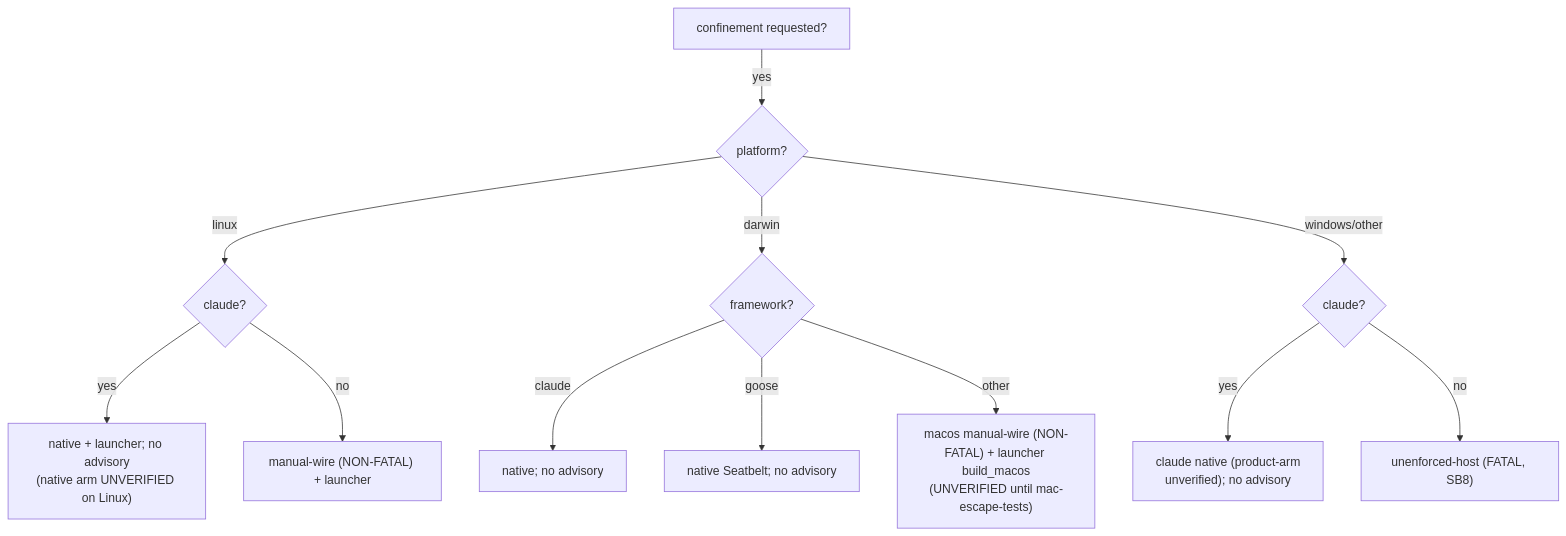
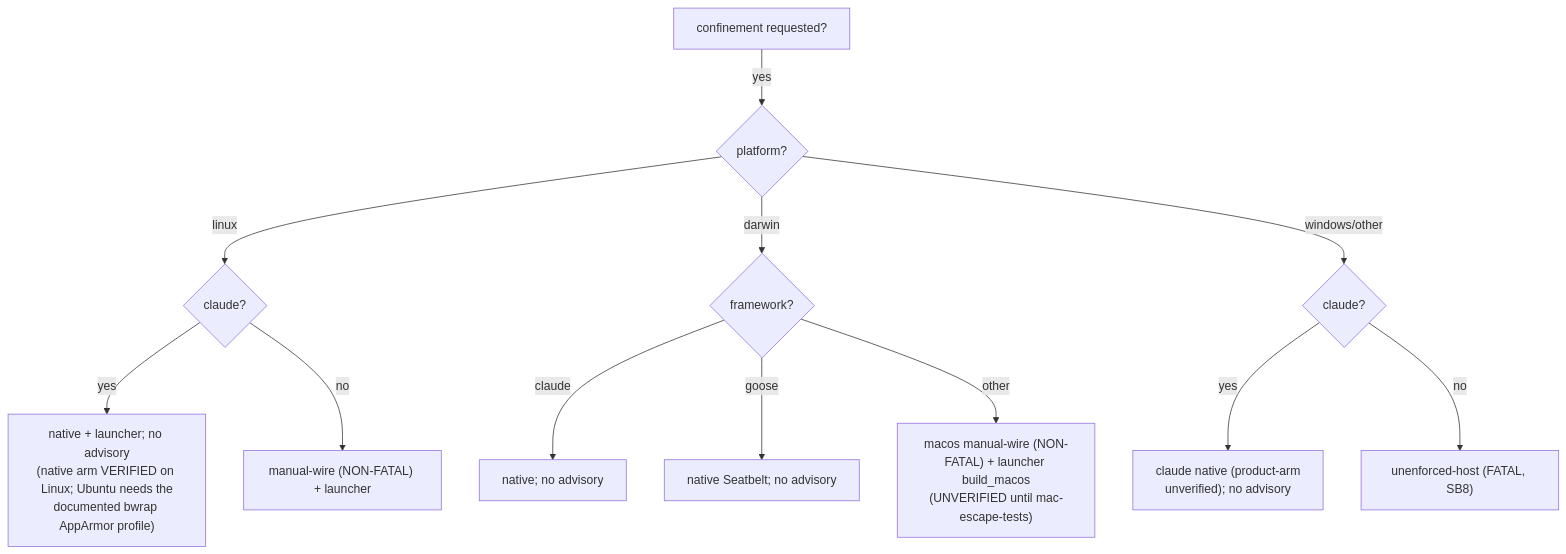
Before and after one commit to jlcatonjr/agentteams: the diagram in docs_src/agentteams-sandboxing-guide/for-developers/part-iii-the-decision.md, drawn with Mermaid. The commit also changed 26 other files, not shown here.

First line of the commit message:
docs(sandbox): mark the Claude Code sandbox arm verified on Linux (with its AppArmor precondition) (#82)

````diff
--- a/docs_src/agentteams-sandboxing-guide/for-developers/part-iii-the-decision.md
+++ b/docs_src/agentteams-sandboxing-guide/for-developers/part-iii-the-decision.md
@@ -28,14 +28,14 @@
 ```mermaid
 flowchart TD
     Q["confinement requested?"] -->|yes| P{platform?}
     P -->|linux| FW{claude?}
-    FW -->|yes| CN["native + launcher; no advisory<br/>(native arm UNVERIFIED on Linux)"]
+    FW -->|yes| CN["native + launcher; no advisory<br/>(native arm VERIFIED on Linux; Ubuntu needs the<br/>documented bwrap AppArmor profile)"]
     FW -->|no| ML["manual-wire (NON-FATAL) + launcher"]
     P -->|darwin| DF{framework?}
     DF -->|claude| CN2["native; no advisory"]
     DF -->|goose| SBn["native Seatbelt; no advisory"]
     DF -->|other| MM["macos manual-wire (NON-FATAL) + launcher build_macos<br/>(UNVERIFIED until mac-escape-tests)"]
     P -->|windows/other| WF{claude?}
     WF -->|yes| CW["claude native (product-arm<br/>unverified); no advisory"]
     WF -->|no| UH["unenforced-host (FATAL, SB8)"]
 ```
````
